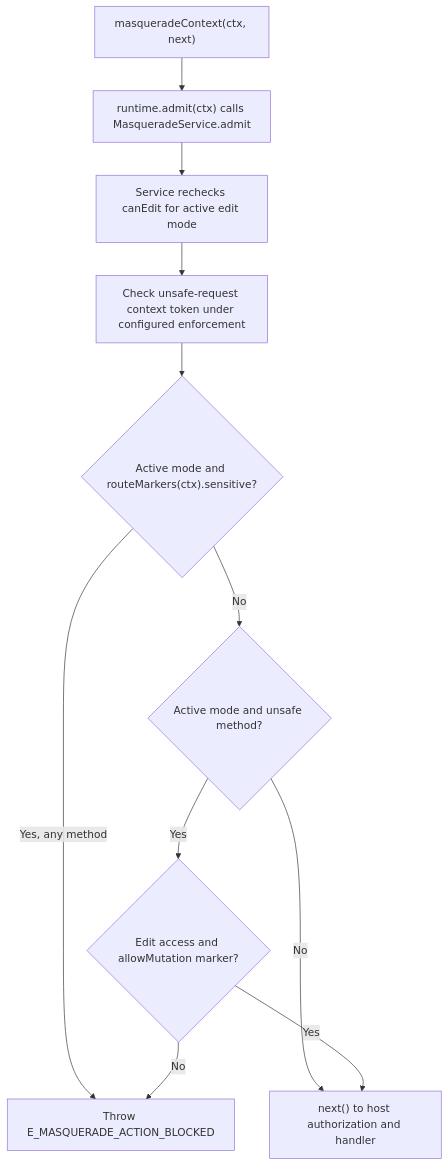
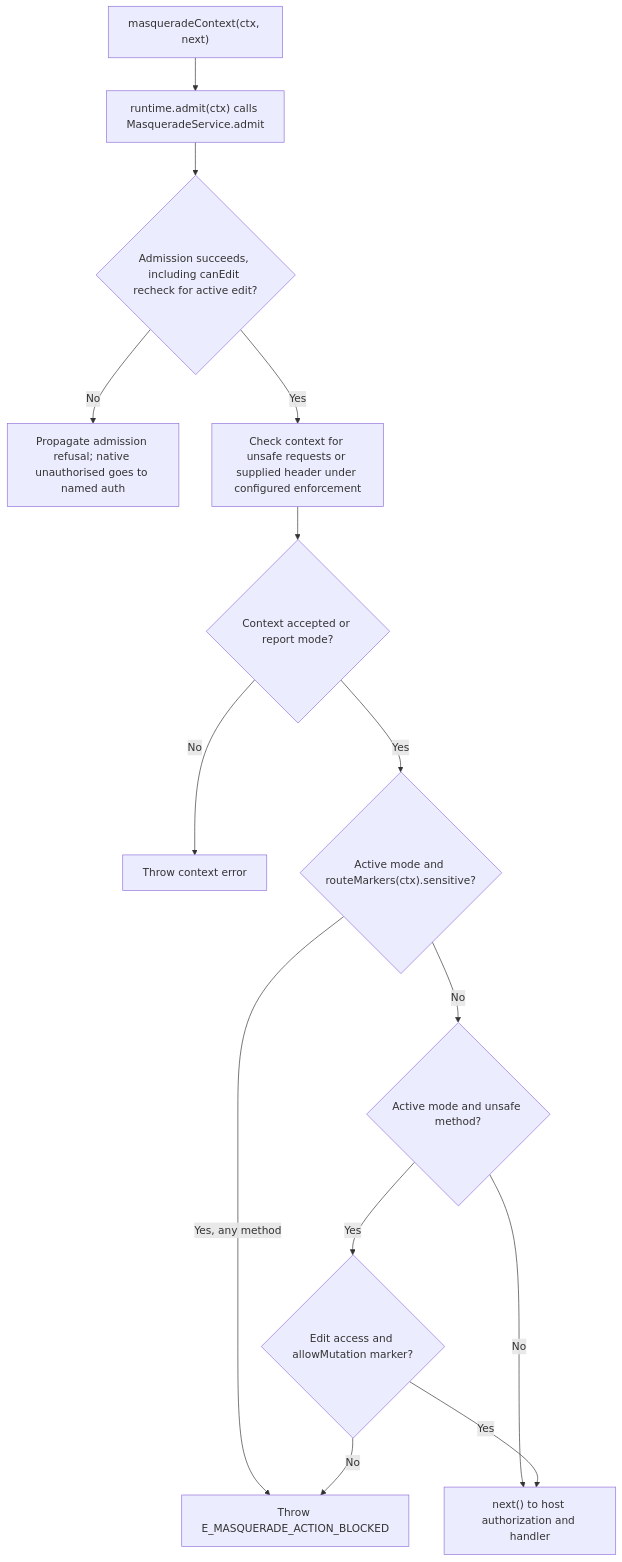
Before and after one commit to Kevinjohn/oss-adonisjs-masquerade: the second of 2 diagrams in user-stories/edit-effective-account/us-actor-03-edit-effective-account.md, drawn with Mermaid. The commit also changed 26 other files, not shown here.

````diff
--- a/user-stories/edit-effective-account/us-actor-03-edit-effective-account.md
+++ b/user-stories/edit-effective-account/us-actor-03-edit-effective-account.md
@@ -37,13 +37,16 @@
 ```mermaid
 flowchart TD
     A["masqueradeContext(ctx, next)"] --> B["runtime.admit(ctx) calls MasqueradeService.admit"]
-    B --> C["Service rechecks canEdit for active edit mode"]
-    C --> D["Check unsafe-request context token under configured enforcement"]
-    D --> E{"Active mode and routeMarkers(ctx).sensitive?"}
+    B --> C{"Admission succeeds, including canEdit recheck for active edit?"}
+    C -->|No| Z["Propagate admission refusal; native unauthorised goes to named auth"]
+    C -->|Yes| D["Check context for unsafe requests or supplied header under configured enforcement"]
+    D --> X{"Context accepted or report mode?"}
+    X -->|No| Y["Throw context error"]
+    X -->|Yes| E{"Active mode and routeMarkers(ctx).sensitive?"}
     E -->|Yes, any method| F["Throw E_MASQUERADE_ACTION_BLOCKED"]
     E -->|No| G{"Active mode and unsafe method?"}
     G -->|No| H["next() to host authorization and handler"]
     G -->|Yes| I{"Edit access and allowMutation marker?"}
     I -->|No| F
     I -->|Yes| H
 ```
````
